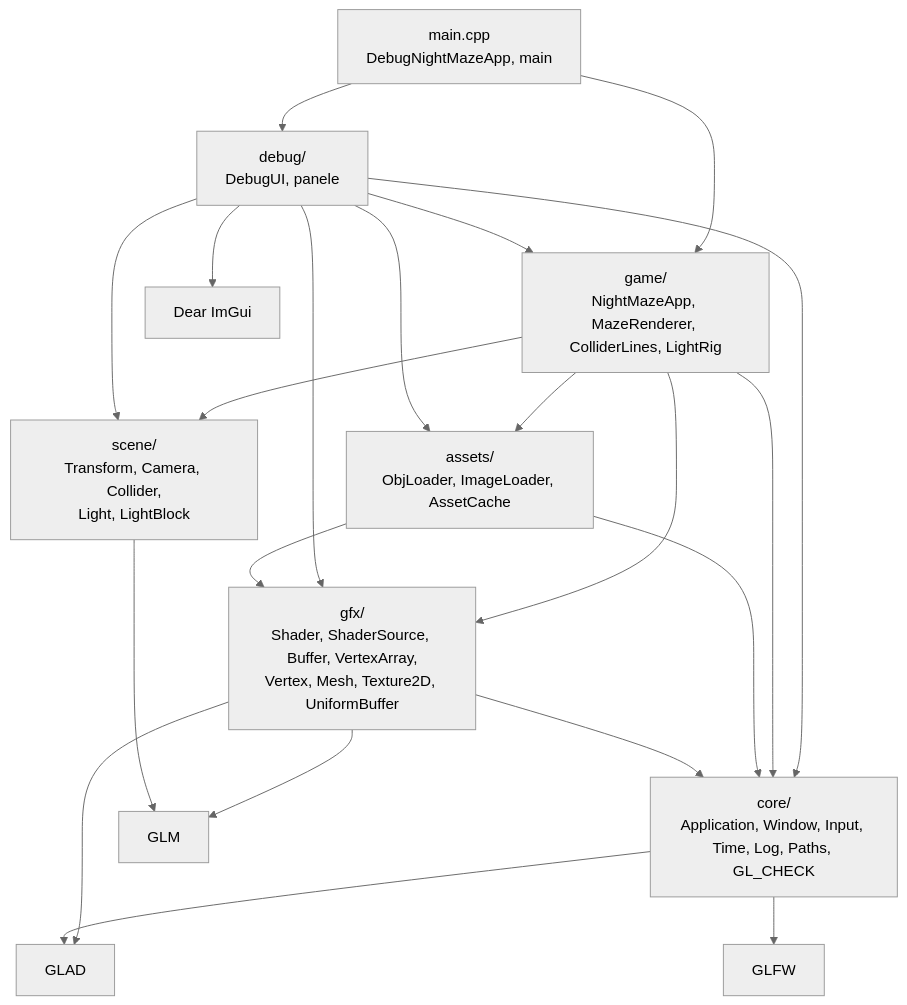
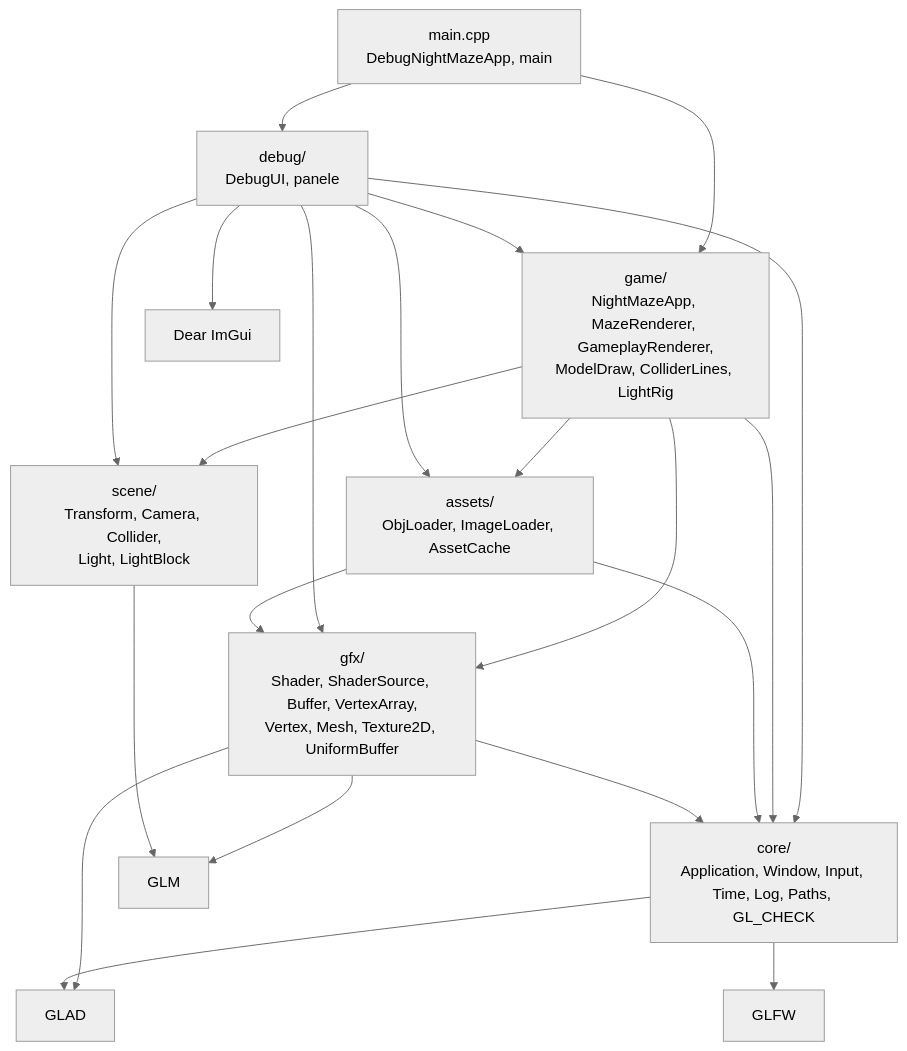
The third of 4 diagrams in docs/modules/gfx/README.md (Shironex/night-maze), drawn with Mermaid (neutral theme) before and after one commit. The commit also changed other lines of this file and 50 other files, not shown here.

Commit message:
feat(game): draw crystals and the gate and retire the demo cube

````diff
--- a/docs/modules/gfx/README.md
+++ b/docs/modules/gfx/README.md
@@ -114,23 +116,23 @@
 ```mermaid
 flowchart TD
     Main["main.cpp<br/>DebugNightMazeApp, main"] --> Debug["debug/<br/>DebugUI, panele"]
-    Main --> Game["game/<br/>NightMazeApp, MazeRenderer, ColliderLines, LightRig"]
+    Main --> Game["game/<br/>NightMazeApp, MazeRenderer, GameplayRenderer,<br/>ModelDraw, ColliderLines, LightRig"]
     Debug --> Core["core/<br/>Application, Window, Input, Time, Log, Paths, GL_CHECK"]
     Debug --> Game
     Game --> Core
     Game --> Assets
     Game --> Gfx
     Game --> Scene
     Debug --> Assets
     Debug --> Gfx
     Debug --> Scene
     Assets["assets/<br/>ObjLoader, ImageLoader, AssetCache"] --> Gfx
     Assets --> Core
     Gfx["gfx/<br/>Shader, ShaderSource, Buffer, VertexArray,<br/>Vertex, Mesh, Texture2D, UniformBuffer"] --> Core
     Gfx --> Glm
     Scene["scene/<br/>Transform, Camera, Collider,<br/>Light, LightBlock"] --> Glm["GLM"]
     Gfx --> Glad["GLAD"]
     Core --> Glad
     Core --> Glfw["GLFW"]
     Debug --> ImGui["Dear ImGui"]
 ```
````
